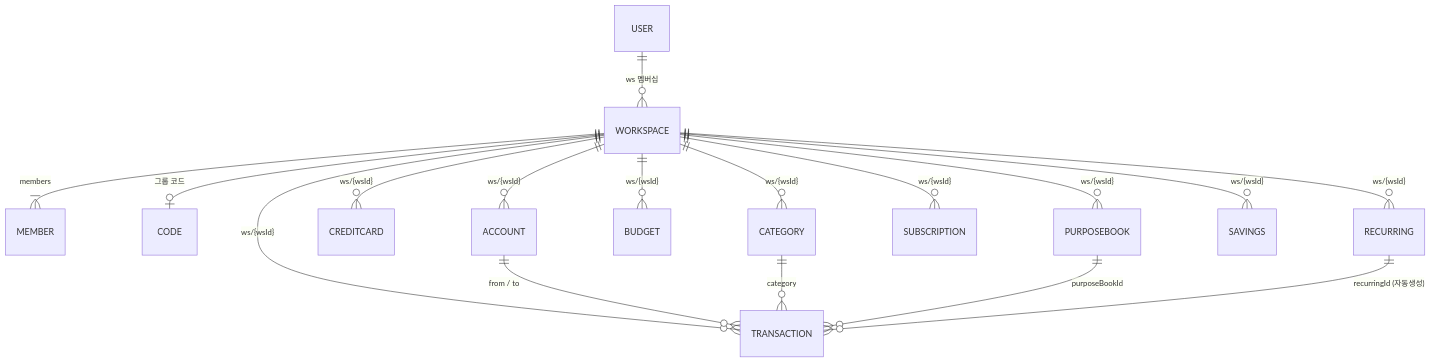
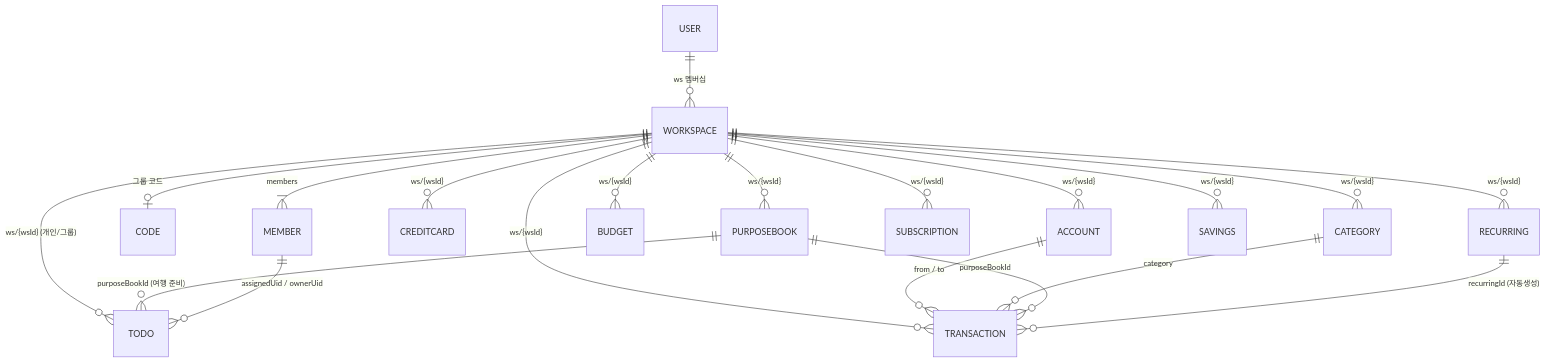
The diagram in docs/data-model.md (iambulb/accountbook), drawn with Mermaid before and after one commit. The commit also changed other lines of this file and 8 other files, not shown here.

````diff
--- a/docs/data-model.md
+++ b/docs/data-model.md
@@ -43,19 +49,22 @@
 ```mermaid
 erDiagram
     USER ||--o{ WORKSPACE : "ws 멤버십"
     WORKSPACE ||--|{ MEMBER : "members"
     WORKSPACE ||--o| CODE : "그룹 코드"
     WORKSPACE ||--o{ ACCOUNT : "ws/{wsId}"
     WORKSPACE ||--o{ CREDITCARD : "ws/{wsId}"
     WORKSPACE ||--o{ CATEGORY : "ws/{wsId}"
     WORKSPACE ||--o{ BUDGET : "ws/{wsId}"
     WORKSPACE ||--o{ TRANSACTION : "ws/{wsId}"
     WORKSPACE ||--o{ RECURRING : "ws/{wsId}"
     WORKSPACE ||--o{ SUBSCRIPTION : "ws/{wsId}"
     WORKSPACE ||--o{ PURPOSEBOOK : "ws/{wsId}"
     WORKSPACE ||--o{ SAVINGS : "ws/{wsId}"
+    WORKSPACE ||--o{ TODO : "ws/{wsId} (개인/그룹)"
     ACCOUNT ||--o{ TRANSACTION : "from / to"
     CATEGORY ||--o{ TRANSACTION : "category"
     PURPOSEBOOK ||--o{ TRANSACTION : "purposeBookId"
+    PURPOSEBOOK ||--o{ TODO : "purposeBookId (여행 준비)"
     RECURRING ||--o{ TRANSACTION : "recurringId (자동생성)"
+    MEMBER ||--o{ TODO : "assignedUid / ownerUid"
 ```
````
